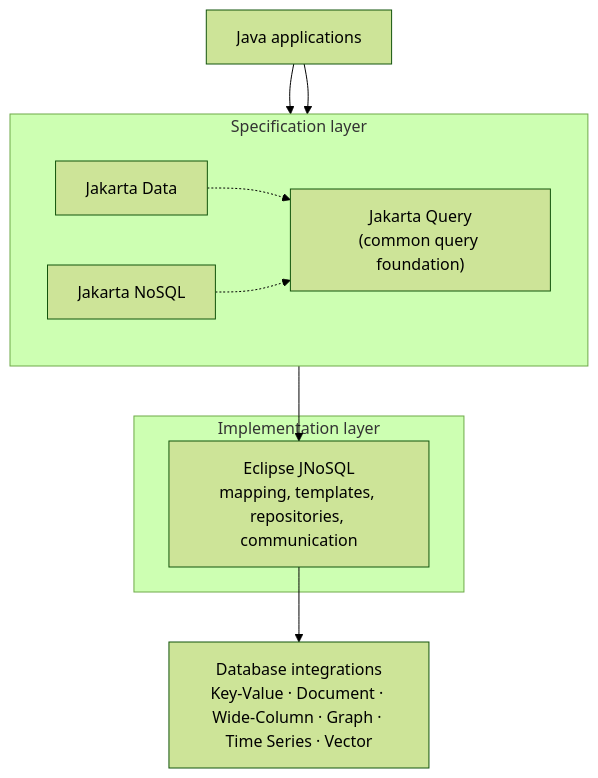
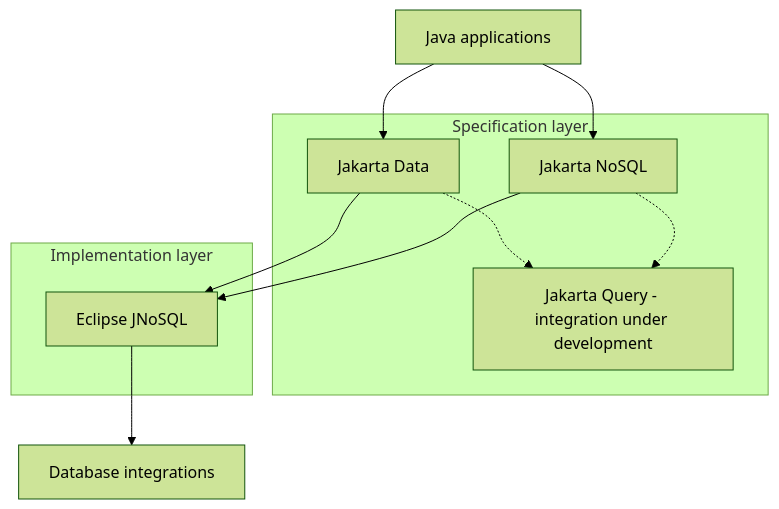
Before and after one commit to JNOSQL/jnosql.github.io: the diagram in README.md, drawn with Mermaid (forest theme).

Commit message:
docs: update README architecture graph for clarity and Jakarta Query integration under development

````diff
--- a/README.md
+++ b/README.md
@@ -84,24 +84,24 @@
 ```mermaid
-flowchart TB
+graph TB
     APP["Java applications"]
 
-    subgraph SPEC["Specification layer"]
-        direction LR
+    subgraph SPEC ["Specification layer"]
         DATA["Jakarta Data"]
         NOSQL["Jakarta NoSQL"]
-        QUERY["Jakarta Query<br/>(common query foundation)"]
-        DATA -.-> QUERY
-        NOSQL -.-> QUERY
+        QUERY["Jakarta Query - integration under development"]
     end
 
-    subgraph IMPL["Implementation layer"]
-        JNOSQL["Eclipse JNoSQL<br/>mapping, templates, repositories, communication"]
+    subgraph IMPL ["Implementation layer"]
+        JNOSQL["Eclipse JNoSQL"]
     end
 
-    DB["Database integrations<br/>Key-Value · Document · Wide-Column · Graph · Time Series · Vector"]
+    DB["Database integrations"]
 
     APP --> DATA
     APP --> NOSQL
-    SPEC --> JNOSQL
+    DATA -.-> QUERY
+    NOSQL -.-> QUERY
+    DATA --> JNOSQL
+    NOSQL --> JNOSQL
     JNOSQL --> DB
 ```
````
